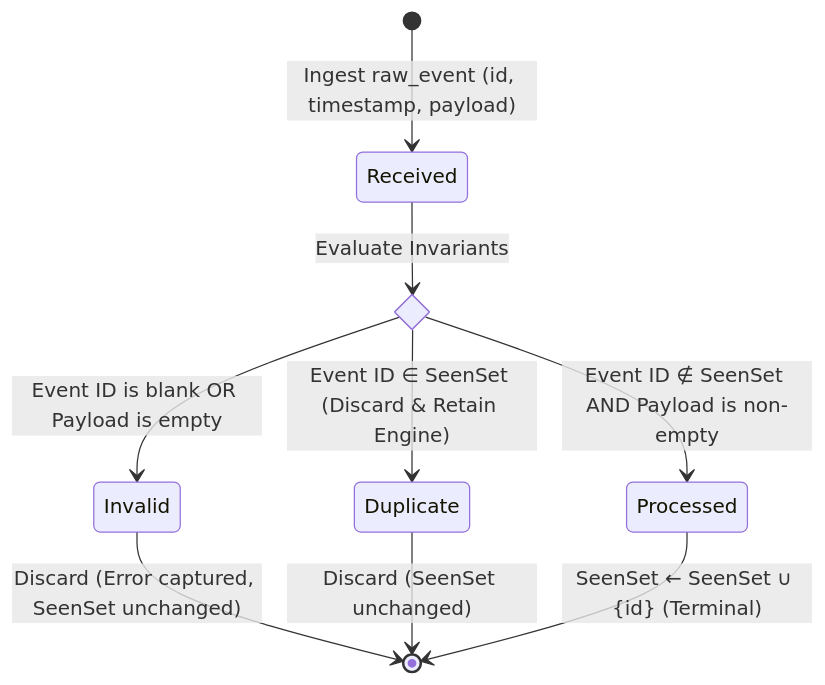
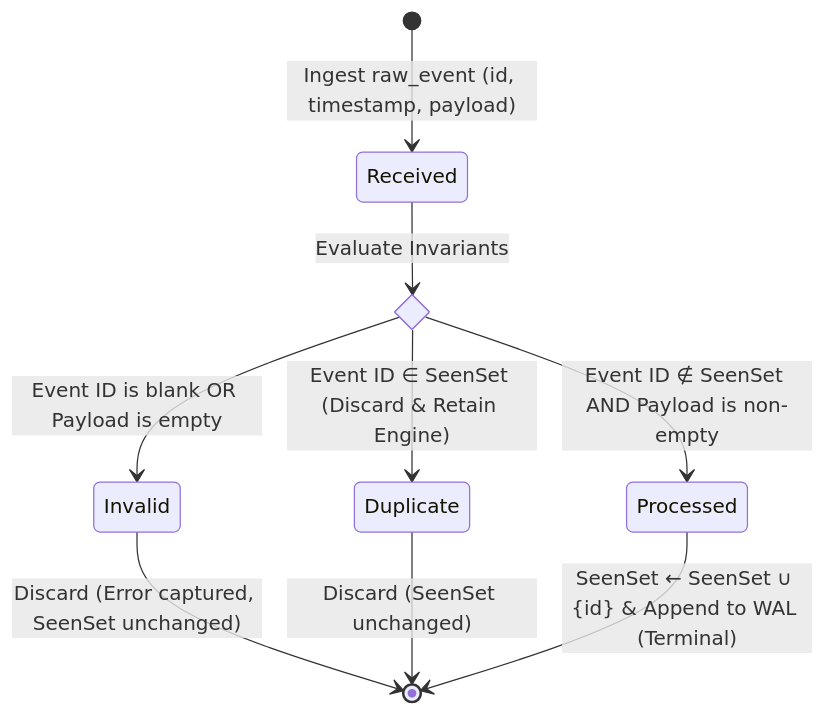
The first of 2 diagrams in README.md (FreeFades2Black/ocaml-event-engine), drawn with Mermaid before and after one commit. The commit also changed other lines of this file and 6 other files, not shown here.

````diff
--- a/README.md
+++ b/README.md
@@ -20,15 +21,15 @@
 ```mermaid
 stateDiagram-v2
     [*] --> Received: Ingest raw_event (id, timestamp, payload)
 
     state ValidationFork <<choice>>
     Received --> ValidationFork: Evaluate Invariants
 
     ValidationFork --> Invalid: Event ID is blank OR Payload is empty
     ValidationFork --> Duplicate: Event ID ∈ SeenSet (Discard & Retain Engine)
     ValidationFork --> Processed: Event ID ∉ SeenSet AND Payload is non-empty
 
     Invalid --> [*]: Discard (Error captured, SeenSet unchanged)
     Duplicate --> [*]: Discard (SeenSet unchanged)
-    Processed --> [*]: SeenSet ← SeenSet ∪ {id} (Terminal)
+    Processed --> [*]: SeenSet ← SeenSet ∪ {id} & Append to WAL (Terminal)
 ```
````
